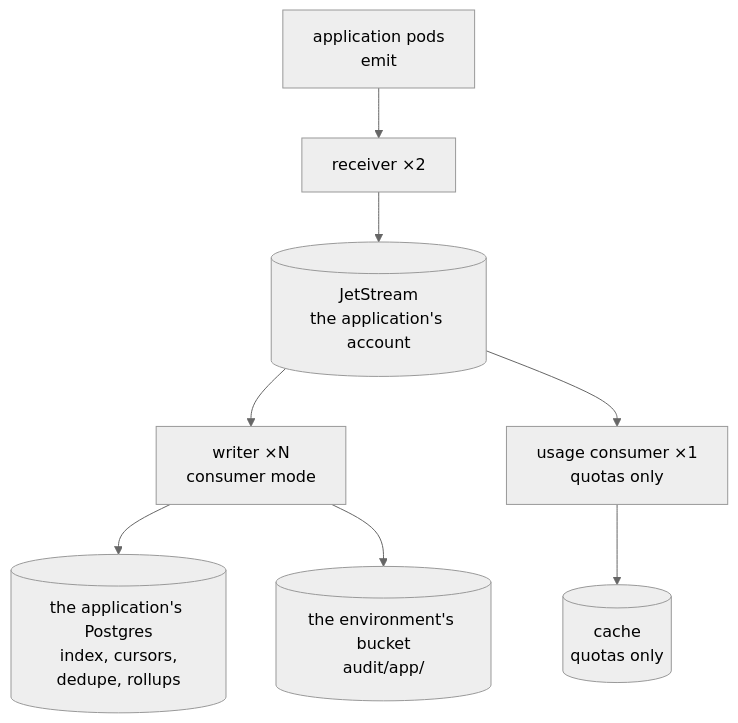
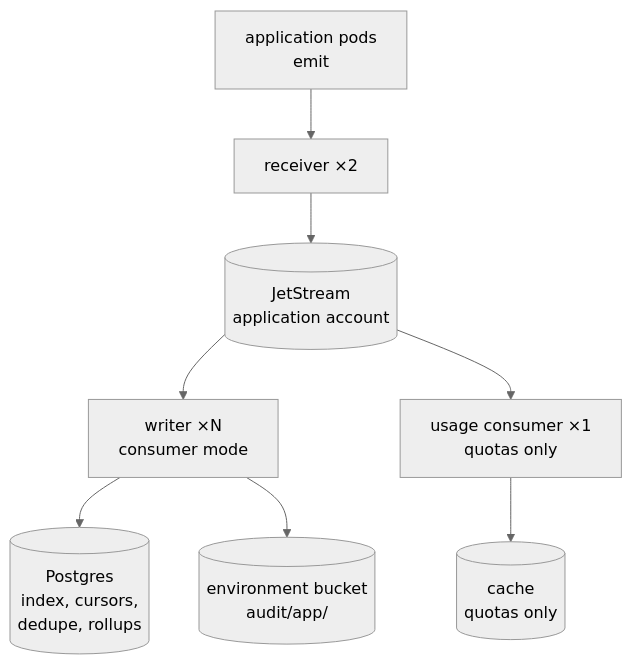
The first of 3 diagrams in docs/concepts/audit/stream-mode.md (truvity/sluis), drawn with Mermaid (neutral theme) before and after one commit. The commit also changed other lines of this file and 61 other files, not shown here.

````diff
--- a/docs/concepts/audit/stream-mode.md
+++ b/docs/concepts/audit/stream-mode.md
@@ -16,17 +11,17 @@
 ```mermaid
 flowchart TB
   E["application pods<br/>emit"]
   R["receiver ×2"]
-  NATS[("JetStream<br/>the application's account")]
+  NATS[("JetStream<br/>application account")]
   W["writer ×N<br/>consumer mode"]
   U["usage consumer ×1<br/>quotas only"]
-  PG[("the application's Postgres<br/>index, cursors,<br/>dedupe, rollups")]
-  S3[("the environment's bucket<br/>audit/app/")]
+  PG[("Postgres<br/>index, cursors,<br/>dedupe, rollups")]
+  S3[("environment bucket<br/>audit/app/")]
   VK[("cache<br/>quotas only")]
   E --> R --> NATS
   NATS --> W
   NATS --> U
   W --> PG
   W --> S3
   U --> VK
 ```
````
